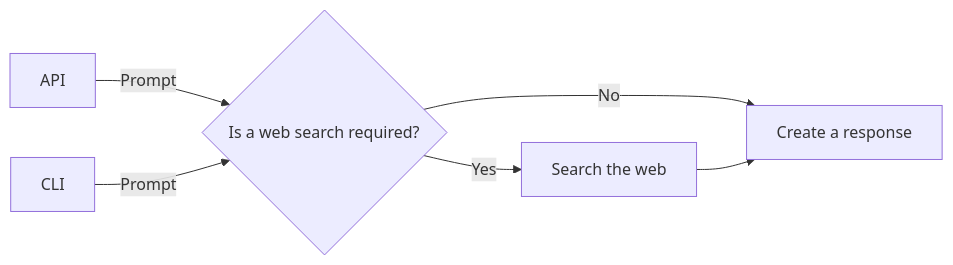
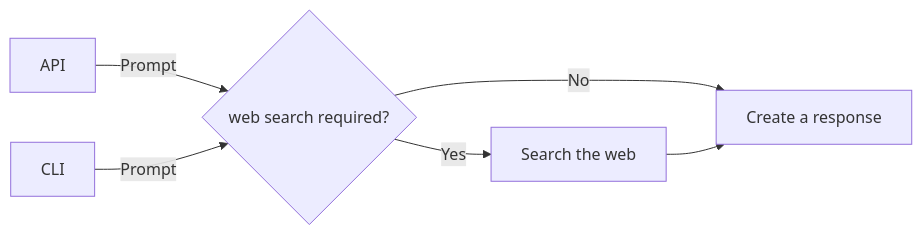
The diagram in prompt-checking/README.md (resonatehq/examples-py), drawn with Mermaid before and after one commit.

````diff
--- a/prompt-checking/README.md
+++ b/prompt-checking/README.md
@@ -7,9 +7,9 @@
 ```mermaid
 flowchart LR
 
-A[API] -->|Prompt| D{Is a web search required?}
-B[CLI] -->|Prompt| D{Is a web search required?}
+A[API] -->|Prompt| D{web search required?}
+B[CLI] -->|Prompt| D{web search required?}
 D -->|Yes| E[Search the web]
 D -->|No| F[Create a response]
 E -->F[Create a response]
 ```
````
